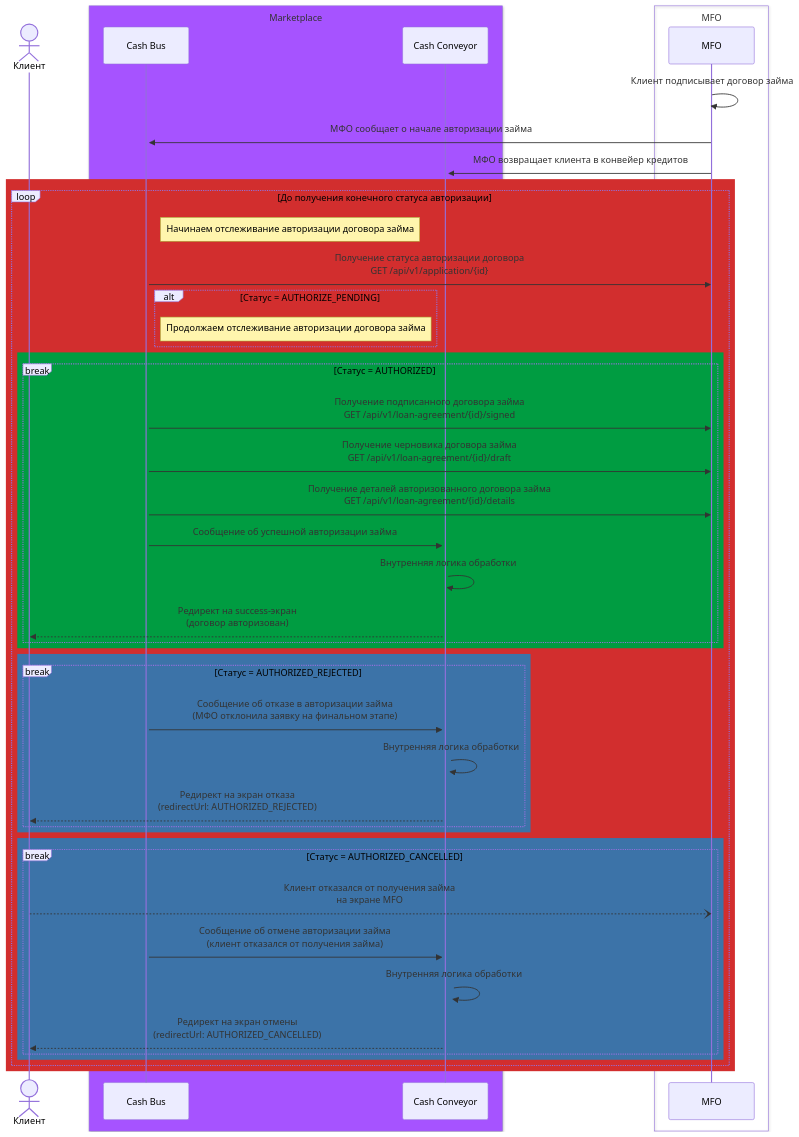
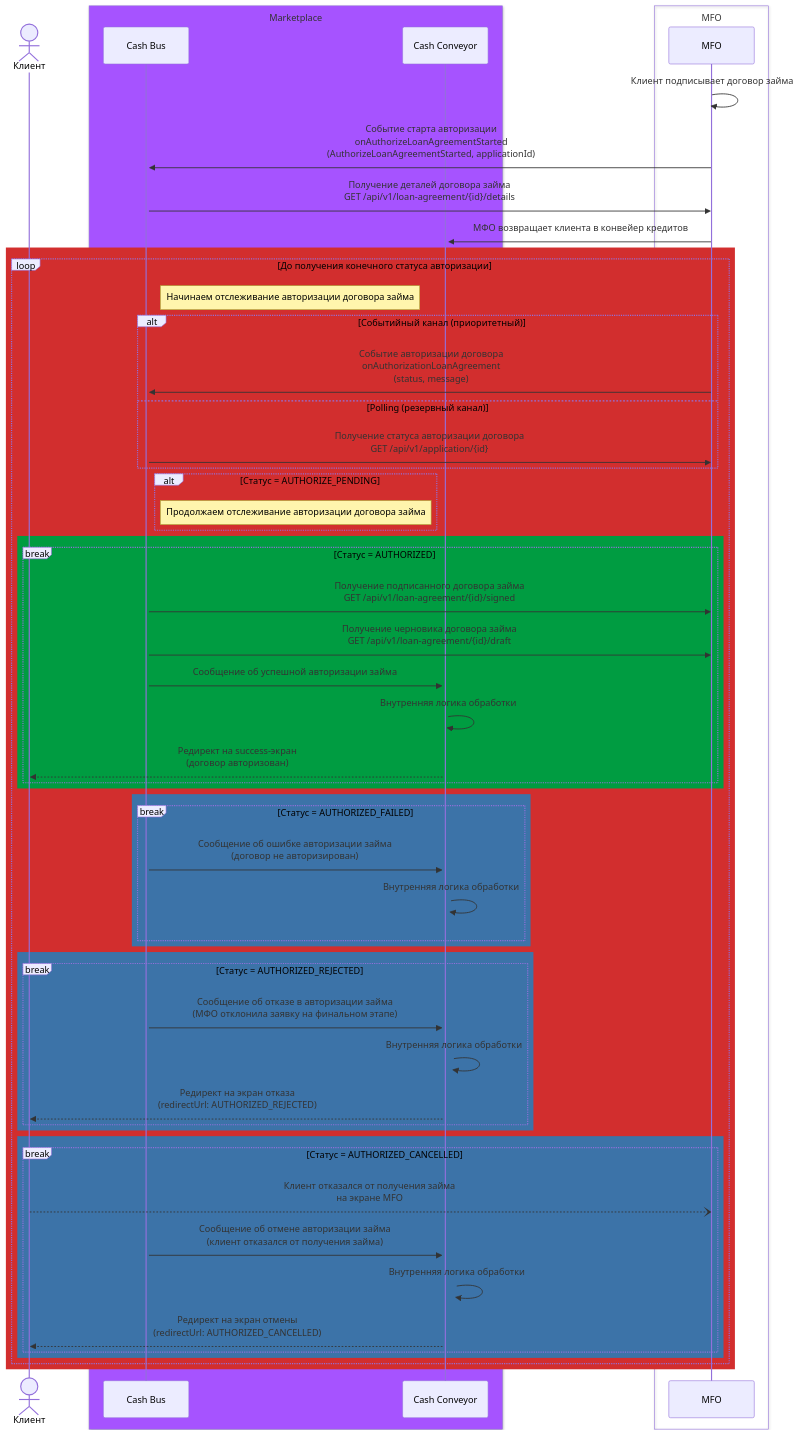
The fourth of 4 diagrams in mfo/mfo.md (VantaFinance/cash), drawn with Mermaid before and after one commit. The commit also changed 1 other file, not shown here.

````diff
--- a/mfo/mfo.md
+++ b/mfo/mfo.md
@@ -156,60 +156,71 @@
 ```mermaid
 sequenceDiagram
 
-actor Client as Клиент
+    actor Client as Клиент
 
-box rgb(166,83,266) Marketplace
-    participant Cash Bus
-    participant Cash Conveyor
-end
+    box rgb(166,83,266) Marketplace
+        participant Cash Bus
+        participant Cash Conveyor
+    end
 
-box MFO
-    participant MFO
-end
+    box MFO
+        participant MFO
+    end
 
-MFO ->> MFO : Клиент подписывает договор займа
-MFO ->>+ Cash Bus : МФО сообщает о начале авторизации займа
-MFO ->>+ Cash Conveyor : МФО возвращает клиента в конвейер кредитов
+    MFO ->> MFO : Клиент подписывает договор займа
+    MFO ->>+ Cash Bus : Событие старта авторизации<br/>onAuthorizeLoanAgreementStarted<br/>(AuthorizeLoanAgreementStarted, applicationId)
+    Cash Bus ->> MFO : Получение деталей договора займа<br/>GET /api/v1/loan-agreement/{id}/details
+    MFO ->>+ Cash Conveyor : МФО возвращает клиента в конвейер кредитов
 
-rect rgb(210,46,46)
-    loop До получения конечного статуса авторизации
-        Note right of Cash Bus: Начинаем отслеживание авторизации договора займа
+    rect rgb(210,46,46)
+        loop До получения конечного статуса авторизации
+            Note right of Cash Bus: Начинаем отслеживание авторизации договора займа
 
-        Cash Bus ->> MFO: Получение статуса авторизации договора<br/>GET /api/v1/application/{id}
+            alt Событийный канал (приоритетный)
+                MFO ->> Cash Bus : Событие авторизации договора<br/>onAuthorizationLoanAgreement<br/>(status, message)
+            else Polling (резервный канал)
+                Cash Bus ->> MFO: Получение статуса авторизации договора<br/>GET /api/v1/application/{id}
+            end
 
-        alt Статус = AUTHORIZE_PENDING
-            Note right of Cash Bus: Продолжаем отслеживание авторизации договора займа
+            alt Статус = AUTHORIZE_PENDING
+                Note right of Cash Bus: Продолжаем отслеживание авторизации договора займа
+            end
+
+            rect rgb(0,156,65)
+                break Статус = AUTHORIZED
+                    Cash Bus->>MFO: Получение подписанного договора займа<br/>GET /api/v1/loan-agreement/{id}/signed
+                    Cash Bus->>MFO: Получение черновика договора займа<br/>GET /api/v1/loan-agreement/{id}/draft
+
+                    Cash Bus->>Cash Conveyor: Сообщение об успешной авторизации займа
+                    Cash Conveyor->>+Cash Conveyor: Внутренняя логика обработки
+                    Cash Conveyor-->>Client: Редирект на success-экран<br/>(договор авторизован)
+                end
+            end
+
+            rect rgb(60,115,168)
+                break Статус = AUTHORIZED_FAILED
+                    Cash Bus->>Cash Conveyor: Сообщение об ошибке авторизации займа<br/>(договор не авторизирован)
+                    Cash Conveyor->>+Cash Conveyor: Внутренняя логика обработки
+                end
+            end
+
+            rect rgb(60,115,168)
+                break Статус = AUTHORIZED_REJECTED
+                    Cash Bus->>Cash Conveyor: Сообщение об отказе в авторизации займа<br/>(МФО отклонила заявку на финальном этапе)
+                    Cash Conveyor->>+Cash Conveyor: Внутренняя логика обработки
+                    Cash Conveyor-->>Client: Редирект на экран отказа<br/>(redirectUrl: AUTHORIZED_REJECTED)
+                end
+            end
+
+            rect rgb(60,115,168)
+                break Статус = AUTHORIZED_CANCELLED
+                    Client--)MFO: Клиент отказался от получения займа<br/>на экране MFO
+                    Cash Bus->>Cash Conveyor: Сообщение об отмене авторизации займа<br/>(клиент отказался от получения займа)
+                    Cash Conveyor->>+Cash Conveyor: Внутренняя логика обработки
+                    Cash Conveyor-->>Client: Редирект на экран отмены<br/>(redirectUrl: AUTHORIZED_CANCELLED)
+                end
+            end
+
         end
-
-        rect rgb(0,156,65)
-            break Статус = AUTHORIZED
-                Cash Bus->>MFO: Получение подписанного договора займа<br/>GET /api/v1/loan-agreement/{id}/signed
-                Cash Bus->>MFO: Получение черновика договора займа<br/>GET /api/v1/loan-agreement/{id}/draft
-                Cash Bus->>MFO: Получение деталей авторизованного договора займа<br/>GET /api/v1/loan-agreement/{id}/details
-
-                Cash Bus->>Cash Conveyor: Сообщение об успешной авторизации займа
-                Cash Conveyor->>+Cash Conveyor: Внутренняя логика обработки
-                Cash Conveyor-->>Client: Редирект на success-экран<br/>(договор авторизован)
-            end
-        end
-
-        rect rgb(60,115,168)
-            break Статус = AUTHORIZED_REJECTED
-                Cash Bus->>Cash Conveyor: Сообщение об отказе в авторизации займа<br/>(МФО отклонила заявку на финальном этапе)
-                Cash Conveyor->>+Cash Conveyor: Внутренняя логика обработки
-                Cash Conveyor-->>Client: Редирект на экран отказа<br/>(redirectUrl: AUTHORIZED_REJECTED)
-            end
-        end
-
-        rect rgb(60,115,168)
-            break Статус = AUTHORIZED_CANCELLED
-                Client--)MFO: Клиент отказался от получения займа<br/>на экране MFO
-                Cash Bus->>Cash Conveyor: Сообщение об отмене авторизации займа<br/>(клиент отказался от получения займа)
-                Cash Conveyor->>+Cash Conveyor: Внутренняя логика обработки
-                Cash Conveyor-->>Client: Редирект на экран отмены<br/>(redirectUrl: AUTHORIZED_CANCELLED)
-            end
-        end
-
     end
-end
 ```
````
